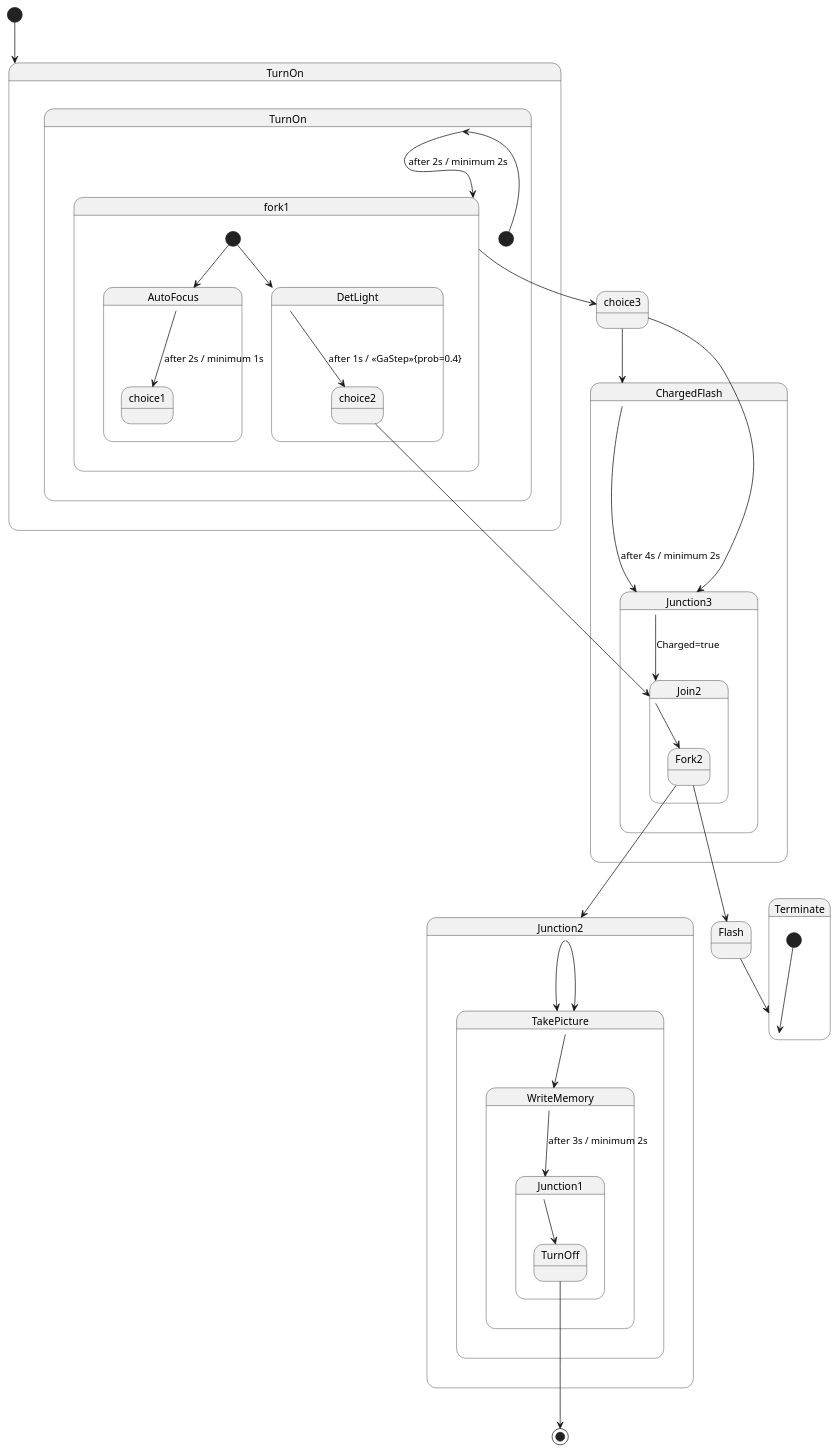
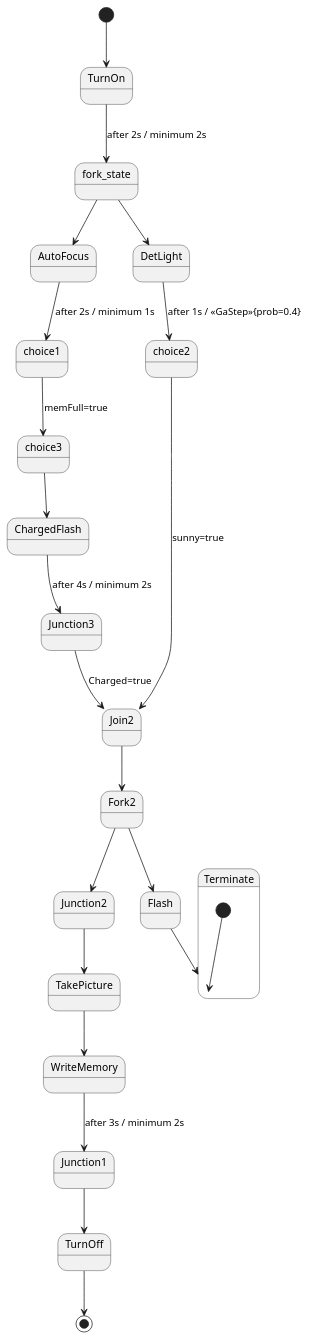
One commit to HansBug/research_ideas changed the diagram in project_1_llm_state_machine_modeling/paper_stm_repair/pipeline/representation/reports/llms_emp_r45_java_60/pairs/0038/README.md. Above: the diagram before and after it, drawn with PlantUML. The commit also changed other lines of this file and 622 other files, not shown here.

First line of the commit message:
fix(paper1): 切换Phase-II最终池并重建PlantUML转换证据

````diff
--- a/project_1_llm_state_machine_modeling/paper_stm_repair/pipeline/representation/reports/llms_emp_r45_java_60/pairs/0038/README.md
+++ b/project_1_llm_state_machine_modeling/paper_stm_repair/pipeline/representation/reports/llms_emp_r45_java_60/pairs/0038/README.md
@@ -35,70 +85,45 @@
 ```plantuml
 @startuml
 [*] --> TurnOn
-state TurnOn {
-state TurnOn {
-[*] --> TurnOn
-TurnOn --> fork1 : after 2s / minimum 2s
-}
-}
+TurnOn --> fork_state : after 2s / minimum 2s
 
-state fork1 {
-[*] --> AutoFocus
-[*] --> DetLight
-}
+state fork_state <<fork>>
+fork_state --> AutoFocus
+fork_state --> DetLight
 
-state AutoFocus {
 AutoFocus --> choice1 : after 2s / minimum 1s
-}
+DetLight --> choice2 : after 1s / <<GaStep>>{prob=0.4}
 
-state DetLight {
-DetLight --> choice2 : after 1s / <<GaStep>>{prob=0.4}
-}
-
-fork1 --> choice3
+choice1 --> choice3 : memFull=true
 
 choice3 --> ChargedFlash
-state ChargedFlash {
 ChargedFlash --> Junction3 : after 4s / minimum 2s
-}
 
-state Junction3 {
+state Junction3 <<join>>
 Junction3 --> Join2 : Charged=true
-}
 
-choice3 --> Junction3
+choice2 --> Join2 : sunny=true
 
-choice2 --> Join2
-state Join2 {
+state Join2 <<join>>
 Join2 --> Fork2
-}
 
 Fork2 --> Junction2
 Fork2 --> Flash
 
-state Junction2 {
 Junction2 --> TakePicture
-}
-Junction2 --> TakePicture
-state TakePicture {
+
 TakePicture --> WriteMemory
-}
+WriteMemory --> Junction1 : after 3s / minimum 2s
 
-state WriteMemory {
-WriteMemory --> Junction1 : after 3s / minimum 2s
-}
-
-state Junction1 {
+state Junction1 <<join>>
 Junction1 --> TurnOff
-}
 
 TurnOff --> [*]
 
 Flash --> Terminate
 
 state Terminate {
 [*] --> Terminate
 }
-
 @enduml
 ```
````
